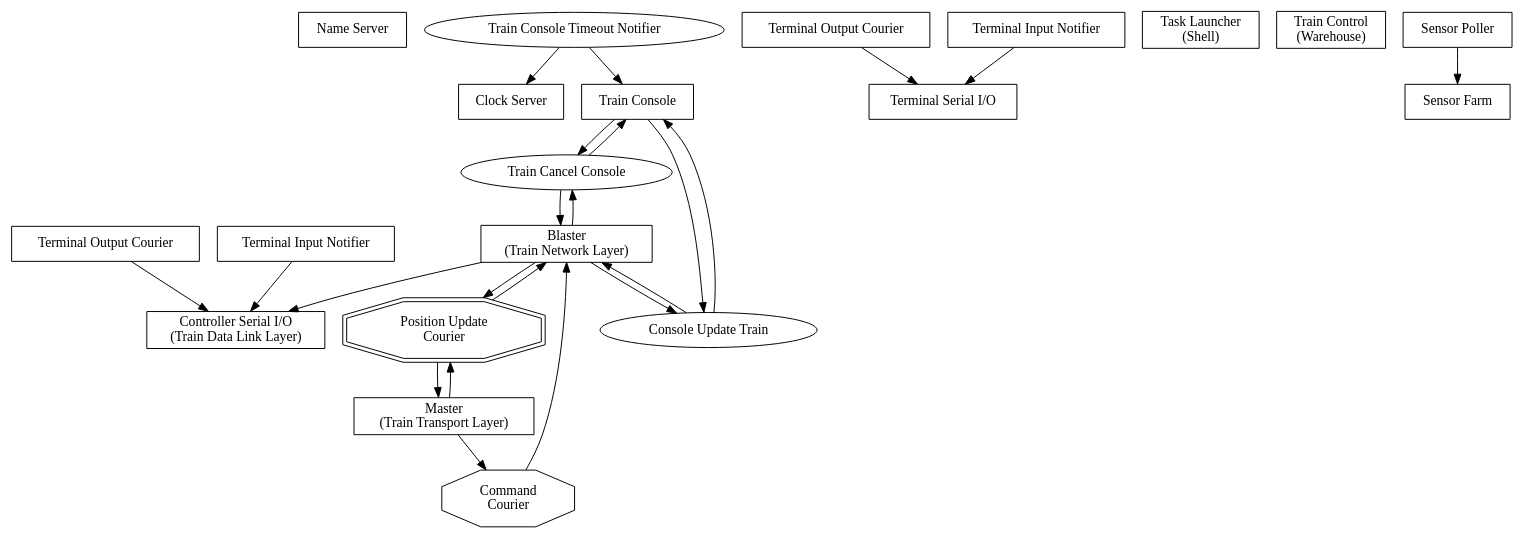
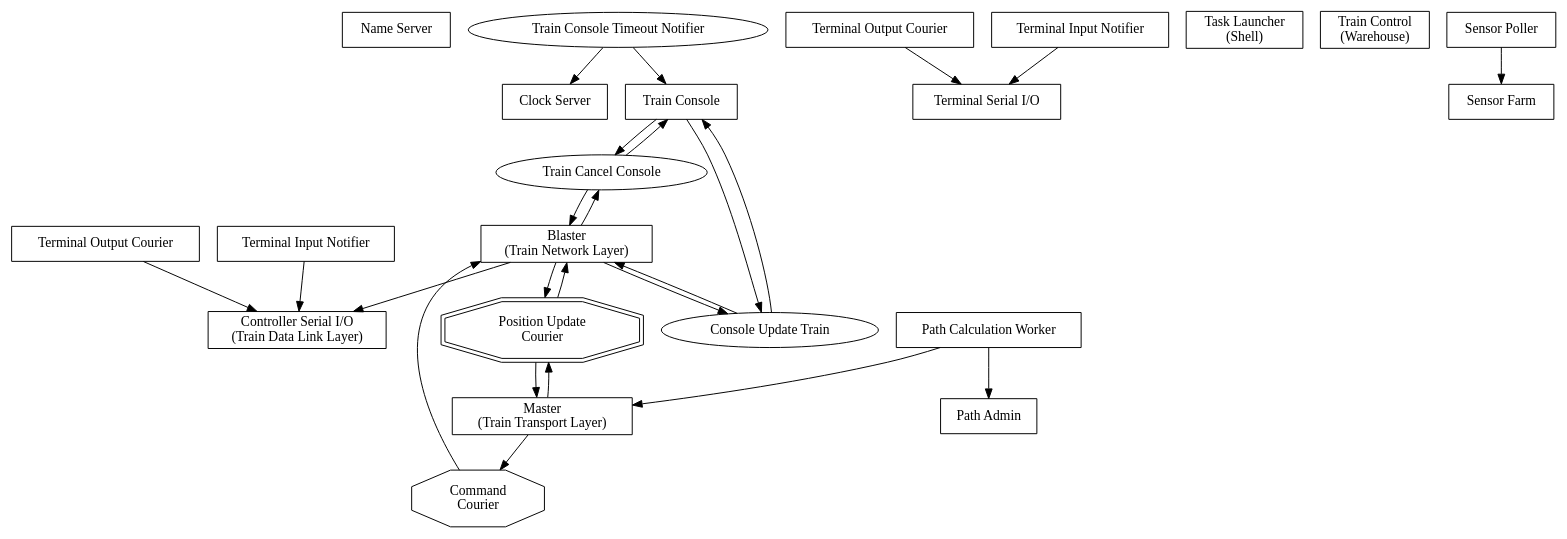
One commit to ferrous26/cs452-flaming-meme changed the diagram in report/tasks.dot. Above: the diagram before and after it, drawn with Graphviz. The commit also changed 1 other file, not shown here.

```diff
--- a/report/tasks.dot
+++ b/report/tasks.dot
@@ -1,52 +1,60 @@
 digraph tasks {
   name_server   [label = "Name Server", shape = record]
   clock_server  [label = "Clock Server", shape = record];
 
  subgraph {
     term_server      [label = "Terminal Serial I/O", shape = record];
     term_out_carrier [label = "Terminal Output Courier", shape = record];
     term_in_notifier [label = "Terminal Input Notifier", shape = record];
     
     term_out_carrier -> term_server;
     term_in_notifier -> term_server;
   }
   subgraph {
     train_server  [label = "Train Controller Serial I/O", shape = record];
     train_out_carrier [label = "Terminal Output Courier", shape = record];
     train_in_notifier [label = "Terminal Input Notifier", shape = record];
 
     train_out_carrier -> train_server;
     train_in_notifier -> train_server;
   }
 
   train_server  [label = "Controller Serial I/O&#10;(Train Data Link Layer)", shape = record];
   blaster -> train_server;
 
   task_launcher [label = "Task Launcher&#10;(Shell)", shape = record];
 
   train_control [label = "Train Control&#10;(Warehouse)", shape = record];
   blaster       [label = "Blaster&#10;(Train Network Layer)", shape = record];
   master        [label = "Master&#10;(Train Transport Layer)", shape = record];
 
   mb_command_courier [label = "Command&#10;Courier", shape = octagon];
   master -> mb_command_courier -> blaster;
   mb_location_courier [label = "Position Update&#10;Courier", shape = doubleoctagon];
   master -> mb_location_courier -> blaster -> mb_location_courier -> master;
 
   sensor_poll   [label = "Sensor Poller", shape = record];
   sensor_farm   [label = "Sensor Farm", shape = record];
 
   train_console     [label = "Train Console", shape = record];
   bl_console_reject [label = "Train Cancel Console", shape = oval]; 
   tc_blaster_notify [label = "Console Update Train", shape = oval];
-  tc_timer_notify  [label = "Train Console Timeout Notifier", shape = oval];
+  tc_timer_notify   [label = "Train Console Timeout Notifier", shape = oval];
+
+  path_admin        [label = "Path Admin", shape = record];
+  path_worker       [label = "Path Calculation Worker", shape = record];
+
   
   train_console -> tc_blaster_notify -> blaster -> tc_blaster_notify -> train_console; 
   blaster       -> bl_console_reject -> train_console -> bl_console_reject -> blaster;
 
   tc_timer_notify -> clock_server;
   tc_timer_notify -> train_console;
 
   sensor_poll -> sensor_farm
 
+  path_worker -> path_admin;
+  path_worker -> master;
+
+
 }
```
